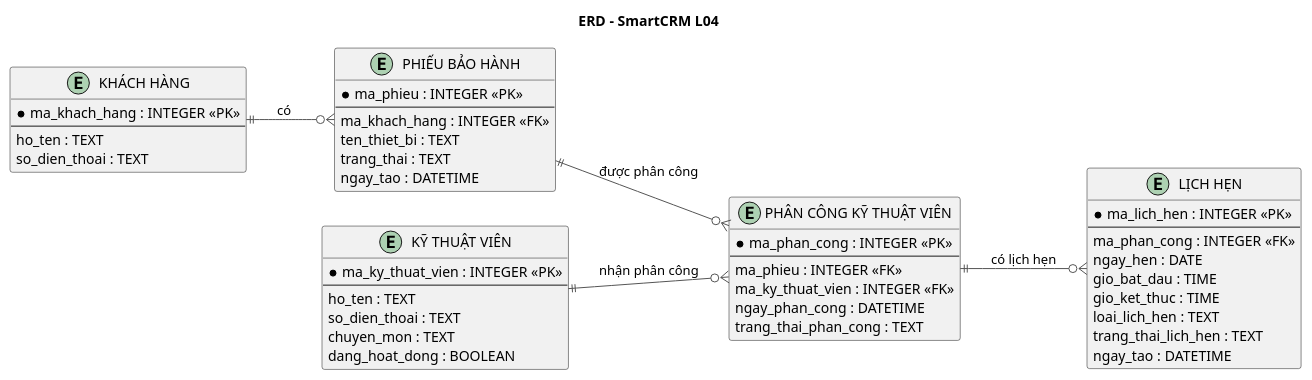
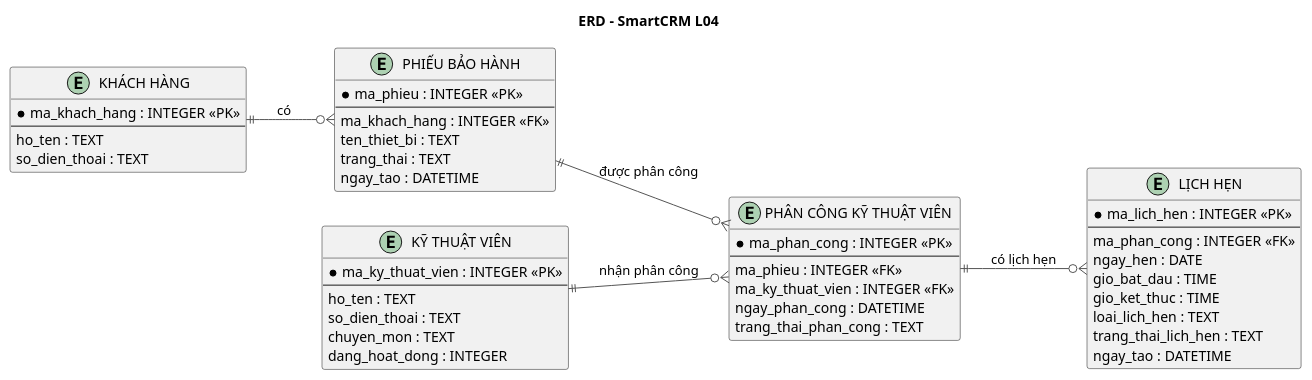
The diagram in docs/database/erd-l04.puml (Hieu2374802010142/smartcrm-2374802010142-technician-assignment), drawn with PlantUML before and after one commit. The commit also changed 2 other files, not shown here.

Commit message:
docs: align L04 database schema and ERD

```diff
--- a/docs/database/erd-l04.puml
+++ b/docs/database/erd-l04.puml
@@ -1,64 +1,64 @@
 @startuml
 title ERD - SmartCRM L04
 left to right direction
 
 skinparam backgroundColor white
 skinparam entity {
     BackgroundColor #F8F9FA
     BorderColor #333333
     FontColor #222222
 }
 skinparam ArrowColor #555555
 
 entity "KHÁCH HÀNG" as KH {
     * ma_khach_hang : INTEGER <<PK>>
     --
     ho_ten : TEXT
     so_dien_thoai : TEXT
 }
 
 entity "PHIẾU BẢO HÀNH" as PBH {
     * ma_phieu : INTEGER <<PK>>
     --
     ma_khach_hang : INTEGER <<FK>>
     ten_thiet_bi : TEXT
     trang_thai : TEXT
     ngay_tao : DATETIME
 }
 
 entity "KỸ THUẬT VIÊN" as KTV {
     * ma_ky_thuat_vien : INTEGER <<PK>>
     --
     ho_ten : TEXT
     so_dien_thoai : TEXT
     chuyen_mon : TEXT
-    dang_hoat_dong : BOOLEAN
+    dang_hoat_dong : INTEGER
 }
 
 entity "PHÂN CÔNG KỸ THUẬT VIÊN" as PC {
     * ma_phan_cong : INTEGER <<PK>>
     --
     ma_phieu : INTEGER <<FK>>
     ma_ky_thuat_vien : INTEGER <<FK>>
     ngay_phan_cong : DATETIME
     trang_thai_phan_cong : TEXT
 }
 
 entity "LỊCH HẸN" as LH {
     * ma_lich_hen : INTEGER <<PK>>
     --
     ma_phan_cong : INTEGER <<FK>>
     ngay_hen : DATE
     gio_bat_dau : TIME
     gio_ket_thuc : TIME
     loai_lich_hen : TEXT
     trang_thai_lich_hen : TEXT
     ngay_tao : DATETIME
 }
 
 KH ||--o{ PBH : "có"
 PBH ||--o{ PC : "được phân công"
 KTV ||--o{ PC : "nhận phân công"
 PC ||--o{ LH : "có lịch hẹn"
 
 @enduml
```
